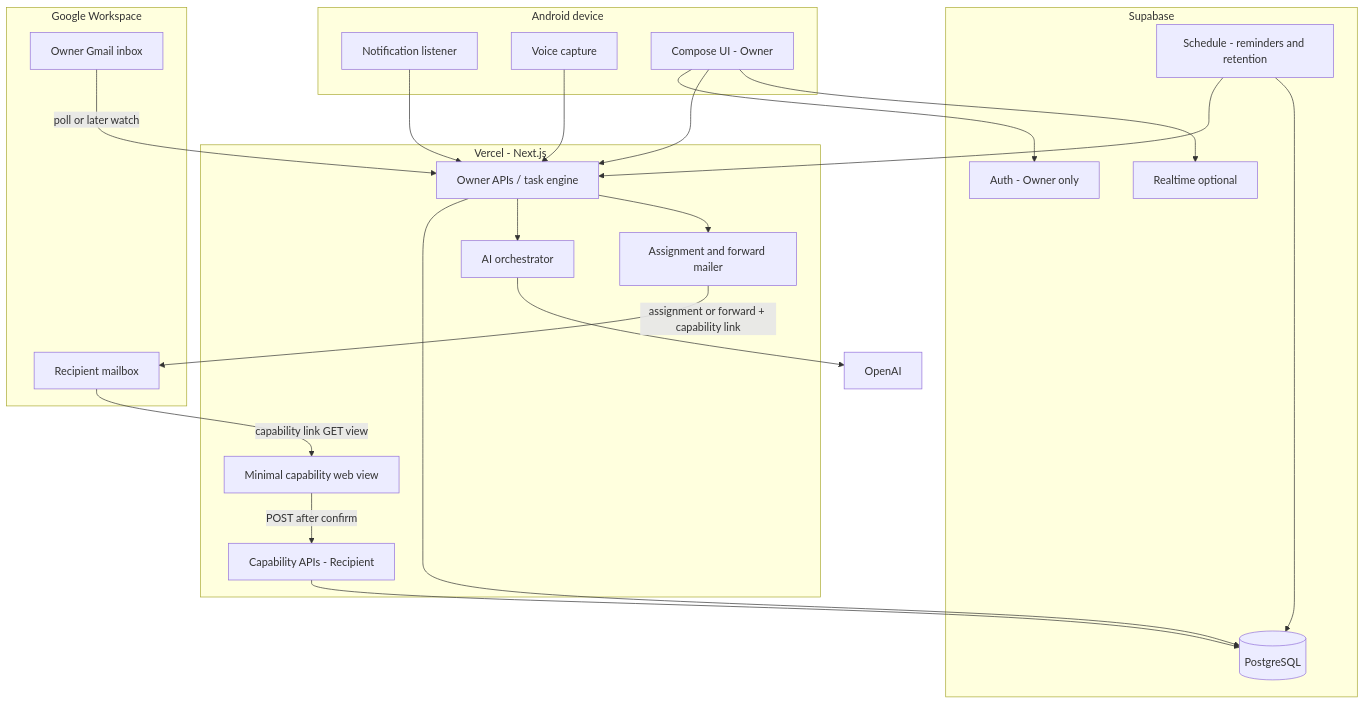
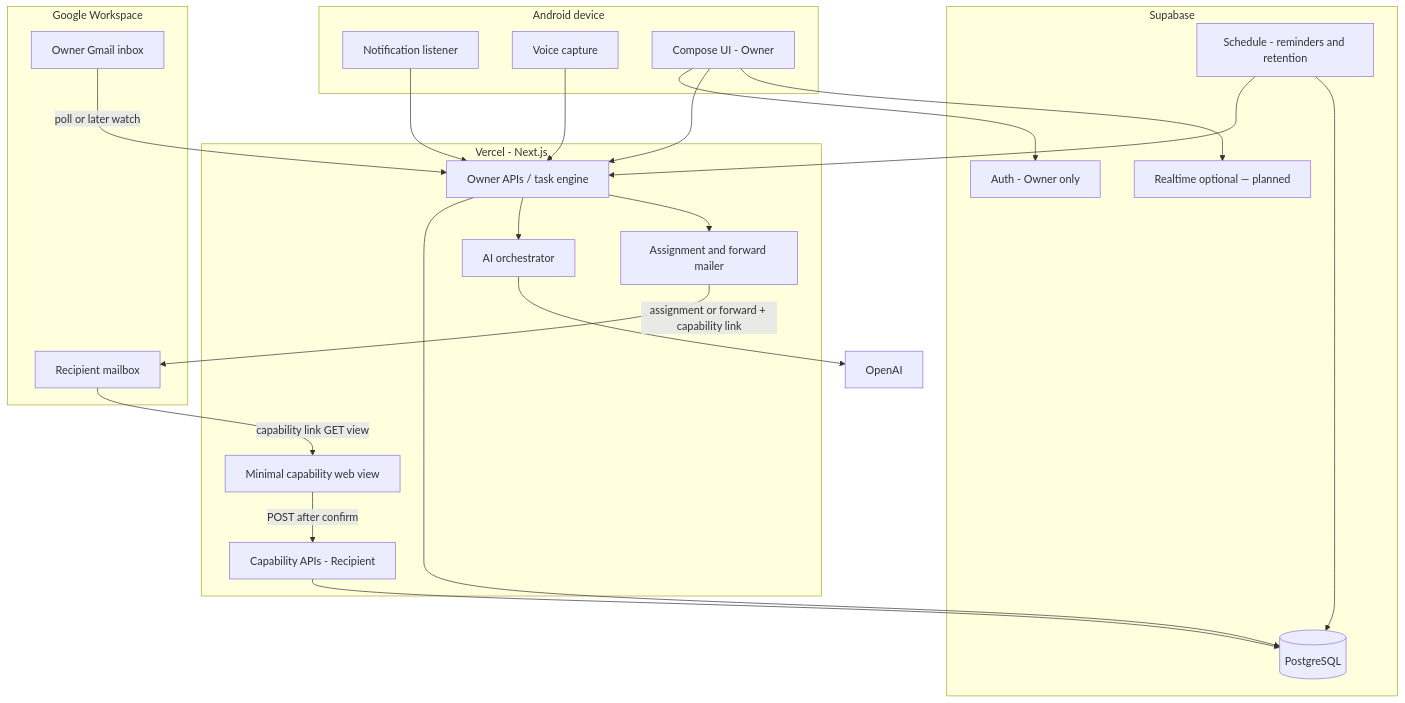
One commit to clayton-web/rocket-communicator changed the diagram in docs/ARCHITECTURE.md. Above: the diagram before and after it, drawn with Mermaid. The commit also changed other lines of this file and 21 other files, not shown here.

````diff
--- a/docs/ARCHITECTURE.md
+++ b/docs/ARCHITECTURE.md
@@ -72,48 +101,48 @@
 ```mermaid
 flowchart TB
   subgraph Device["Android device"]
     NL["Notification listener"]
     Voice["Voice capture"]
     AppUI["Compose UI - Owner"]
   end
 
   subgraph Google["Google Workspace"]
     Gmail["Owner Gmail inbox"]
     RecipientMail["Recipient mailbox"]
   end
 
   subgraph Host["Vercel - Next.js"]
     API["Owner APIs / task engine"]
     CapAPI["Capability APIs - Recipient"]
     CapView["Minimal capability web view"]
     AI["AI orchestrator"]
     Mailer["Assignment and forward mailer"]
   end
 
   subgraph Data["Supabase"]
     Auth["Auth - Owner only"]
     DB[("PostgreSQL")]
-    RT["Realtime optional"]
+    RT["Realtime optional — planned"]
     Cron["Schedule - reminders and retention"]
   end
 
   OpenAI["OpenAI"]
 
   NL --> API
   Voice --> API
   AppUI --> Auth
   AppUI --> API
   AppUI --> RT
 
   Gmail -->|poll or later watch| API
   API --> DB
   API --> AI
   AI --> OpenAI
   API --> Mailer
   Mailer -->|assignment or forward + capability link| RecipientMail
   RecipientMail -->|capability link GET view| CapView
   CapView -->|POST after confirm| CapAPI
   CapAPI --> DB
   Cron --> API
   Cron --> DB
 ```
````
